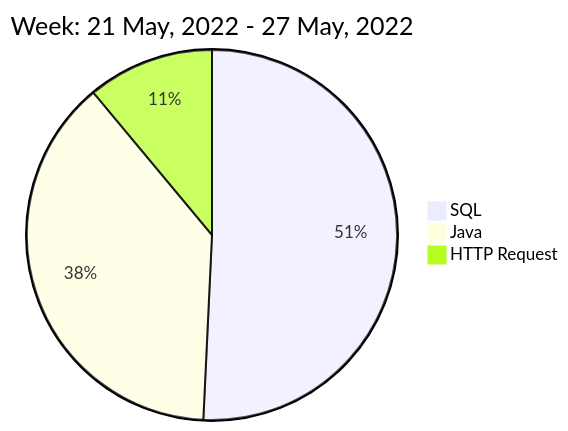
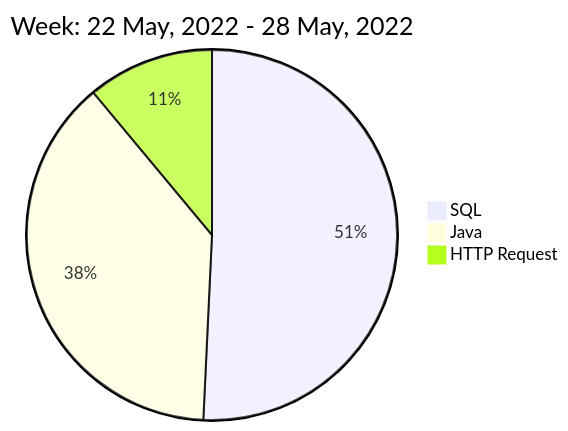
The diagram in README.md (liubin95/liubin95), drawn with Mermaid before and after one commit.

Commit message:
Updated the Graph with new Metrics

````diff
--- a/README.md
+++ b/README.md
@@ -40,7 +40,7 @@
 ```mermaid
  pie
-title Week: 21 May, 2022 - 27 May, 2022
+title Week: 22 May, 2022 - 28 May, 2022
  "SQL" : 9.87
  "Java" : 7.43
  "HTTP Request" : 2.15
 ```
````
